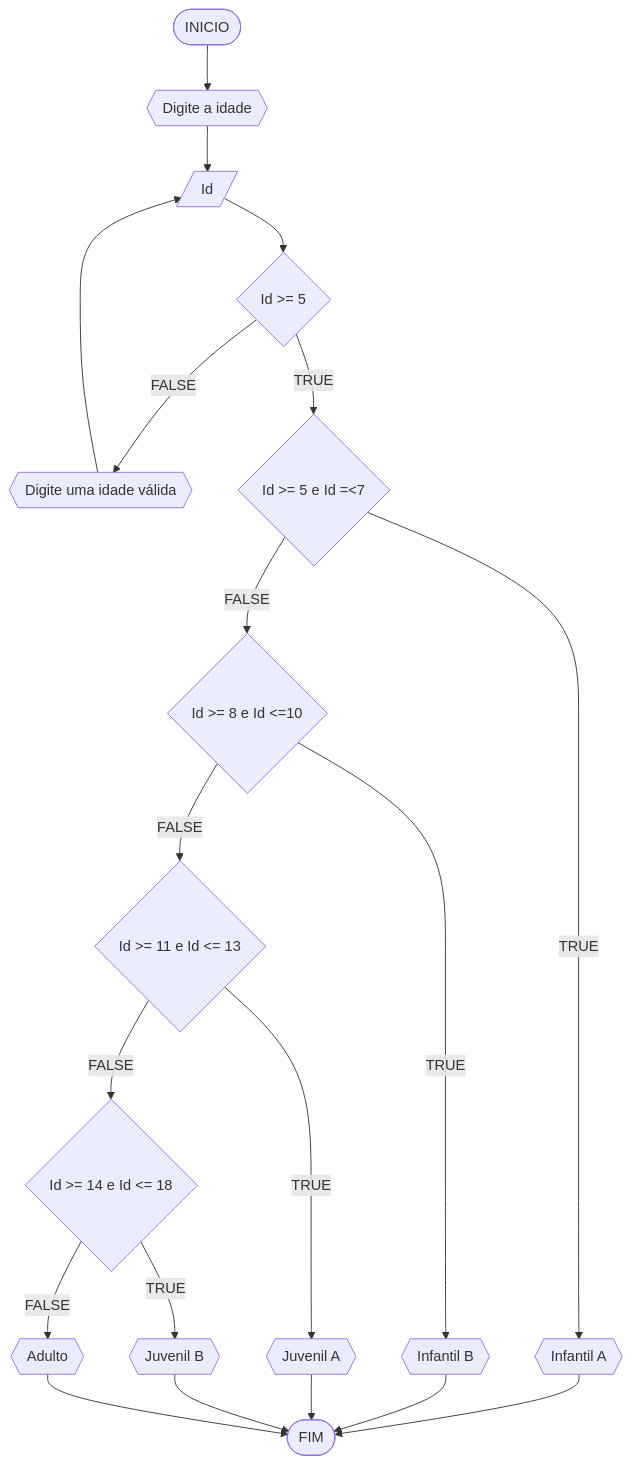
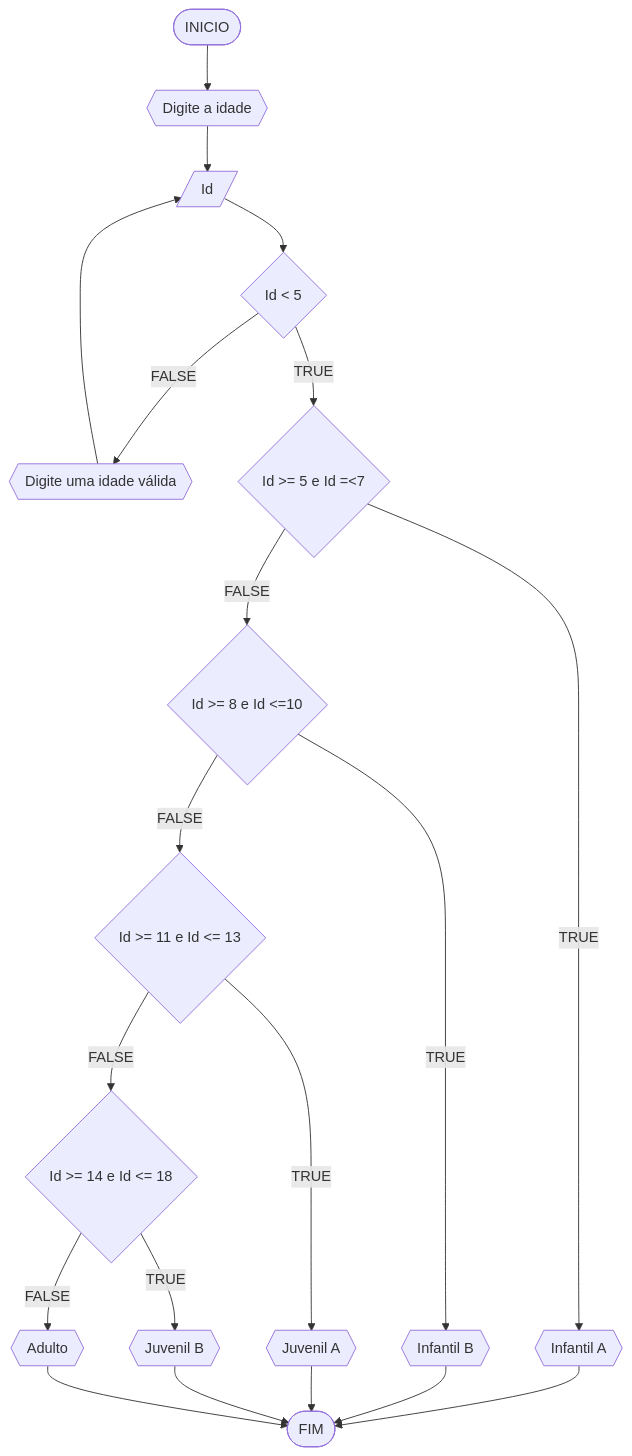
One commit to Px1906/unifor changed the fifth of 5 diagrams in RLA/Lista2.md. Above: the diagram before and after it, drawn with Mermaid.

````diff
--- a/RLA/Lista2.md
+++ b/RLA/Lista2.md
@@ -241,22 +241,22 @@
 ```mermaid
 flowchart TD
 A([INICIO]) --> B{{Digite a idade}}
 B --> C[/Id/]
-C --> D{Id >= 5}
+C --> D{Id < 5}
 D --FALSE--> E{{Digite uma idade válida}}
 E --> C
 D --TRUE--> F{Id >= 5 e Id =<7}
 F --FALSE--> G{Id >= 8 e Id <=10}
 G --FALSE--> H{Id >= 11 e Id <= 13}
 H --FALSE--> I{Id >= 14 e Id <= 18}
 F --TRUE--> J{{Infantil A}}
 G --TRUE--> K{{Infantil B}}
 H --TRUE--> L{{Juvenil A}}
 I --TRUE--> M{{Juvenil B}}
 I --FALSE--> N{{Adulto}}
 J --> Z([FIM])
 K --> Z
 L --> Z
 M --> Z
 N --> Z
 ```
````
